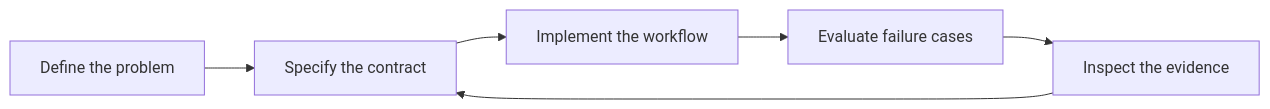
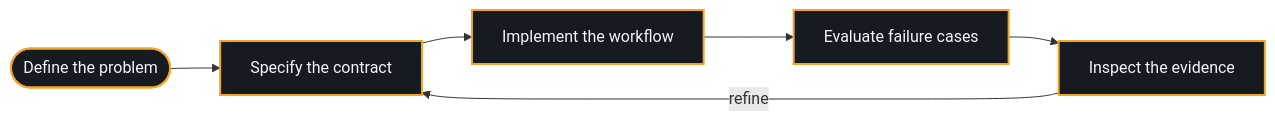
One commit to abdullahakram07/abdullahakram07 changed the diagram in README.md. Above: the diagram before and after it, drawn with Mermaid. The commit also changed other lines of this file, not shown here.

````diff
--- a/README.md
+++ b/README.md
@@ -61,8 +100,11 @@
 ```mermaid
 flowchart LR
-    problem[Define the problem] --> contract[Specify the contract]
+    problem([Define the problem]) --> contract[Specify the contract]
     contract --> build[Implement the workflow]
     build --> evaluate[Evaluate failure cases]
     evaluate --> inspect[Inspect the evidence]
-    inspect --> contract
+    inspect -->|refine| contract
+
+    classDef step fill:#161B22,stroke:#F5A524,stroke-width:2px,color:#F0F6FC
+    class problem,contract,build,evaluate,inspect step
 ```
````
